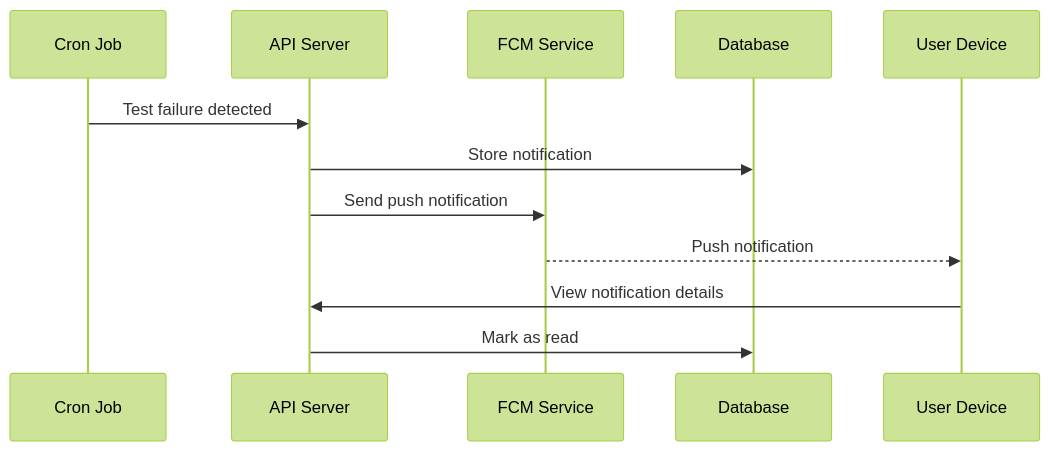
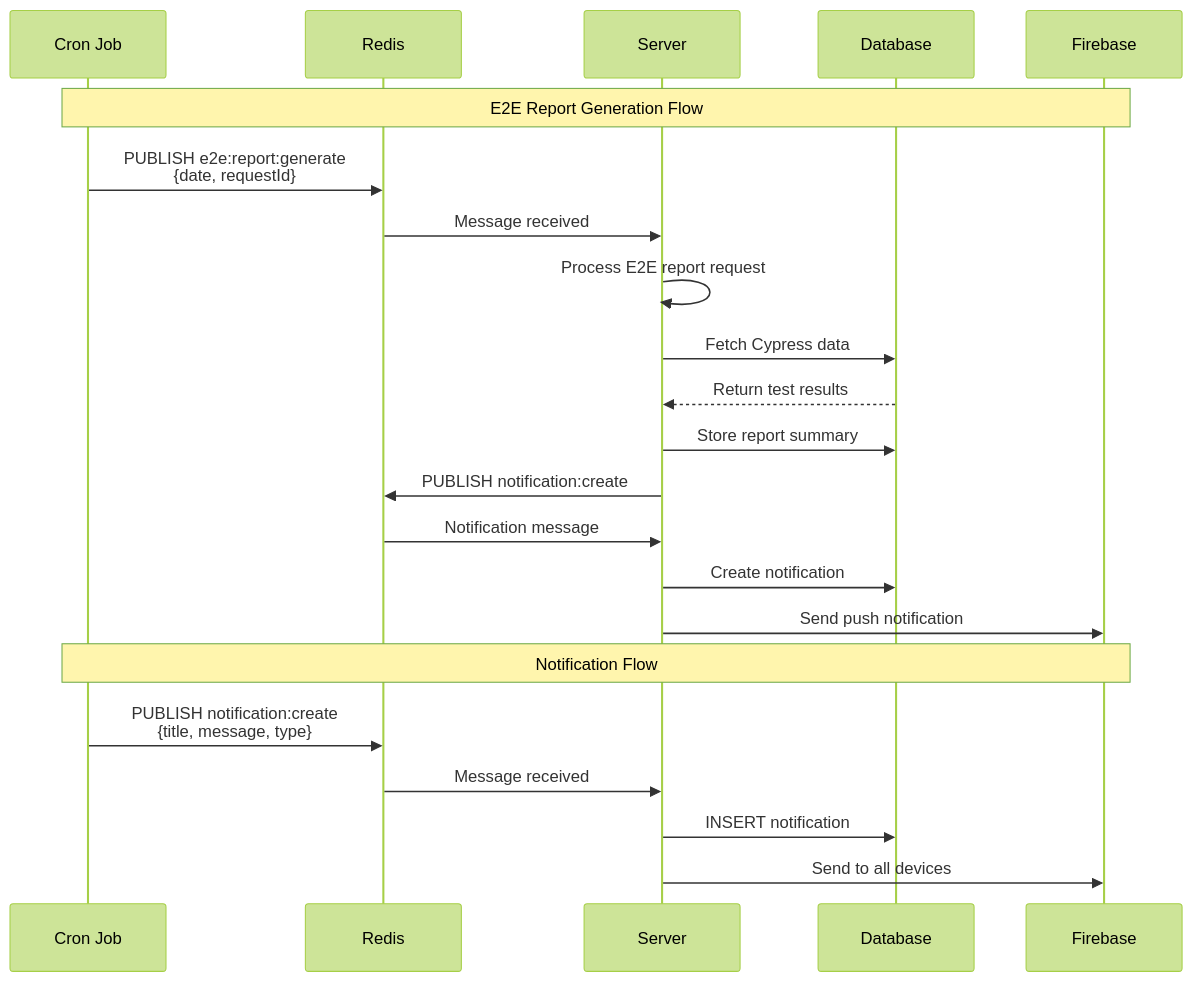
The fifth of 6 diagrams in docs/docs/architecture/overview.md (jayc13/my-dashboard), drawn with Mermaid (forest theme) before and after one commit. The commit also changed other lines of this file and 58 other files, not shown here.

````diff
--- a/docs/docs/architecture/overview.md
+++ b/docs/docs/architecture/overview.md
@@ -150,15 +212,26 @@
 ```mermaid
 sequenceDiagram
     participant CRON as Cron Job
-    participant API as API Server
-    participant FCM as FCM Service
-    participant DB as Database
-    participant USER as User Device
-    
-    CRON->>API: Test failure detected
-    API->>DB: Store notification
-    API->>FCM: Send push notification
-    FCM-->>USER: Push notification
-    USER->>API: View notification details
-    API->>DB: Mark as read
+    participant R as Redis
+    participant S as Server
+    participant D as Database
+    participant FCM as Firebase
+
+    Note over CRON,FCM: E2E Report Generation Flow
+    CRON->>R: PUBLISH e2e:report:generate<br/>{date, requestId}
+    R->>S: Message received
+    S->>S: Process E2E report request
+    S->>D: Fetch Cypress data
+    D-->>S: Return test results
+    S->>D: Store report summary
+    S->>R: PUBLISH notification:create
+    R->>S: Notification message
+    S->>D: Create notification
+    S->>FCM: Send push notification
+
+    Note over CRON,FCM: Notification Flow
+    CRON->>R: PUBLISH notification:create<br/>{title, message, type}
+    R->>S: Message received
+    S->>D: INSERT notification
+    S->>FCM: Send to all devices
 ```
````
